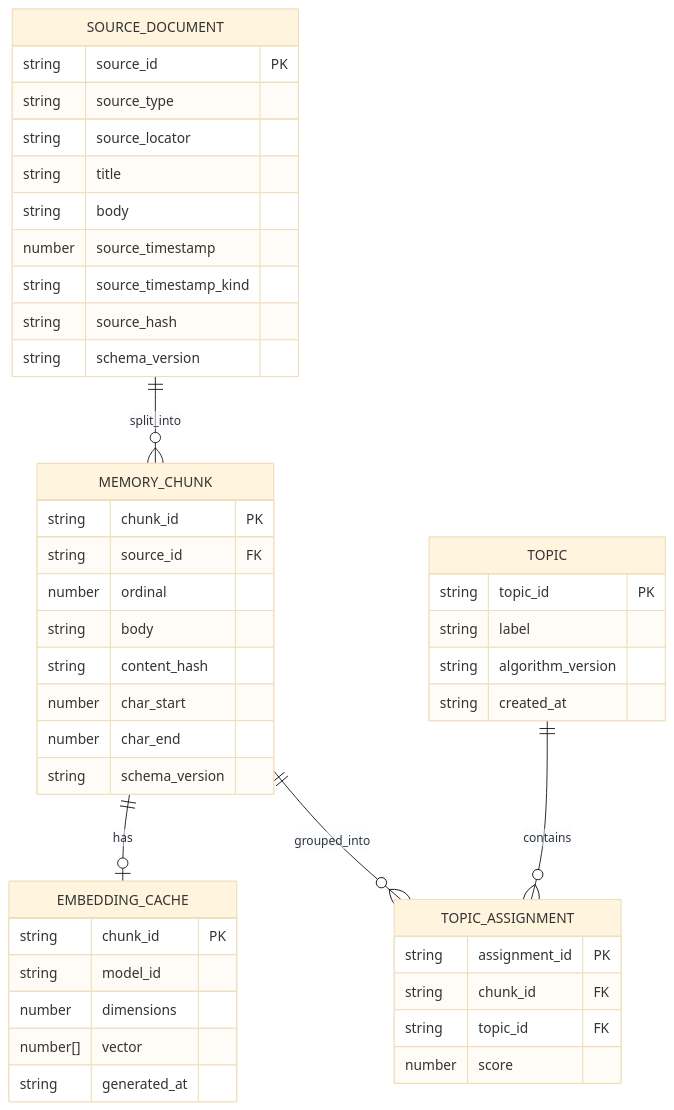
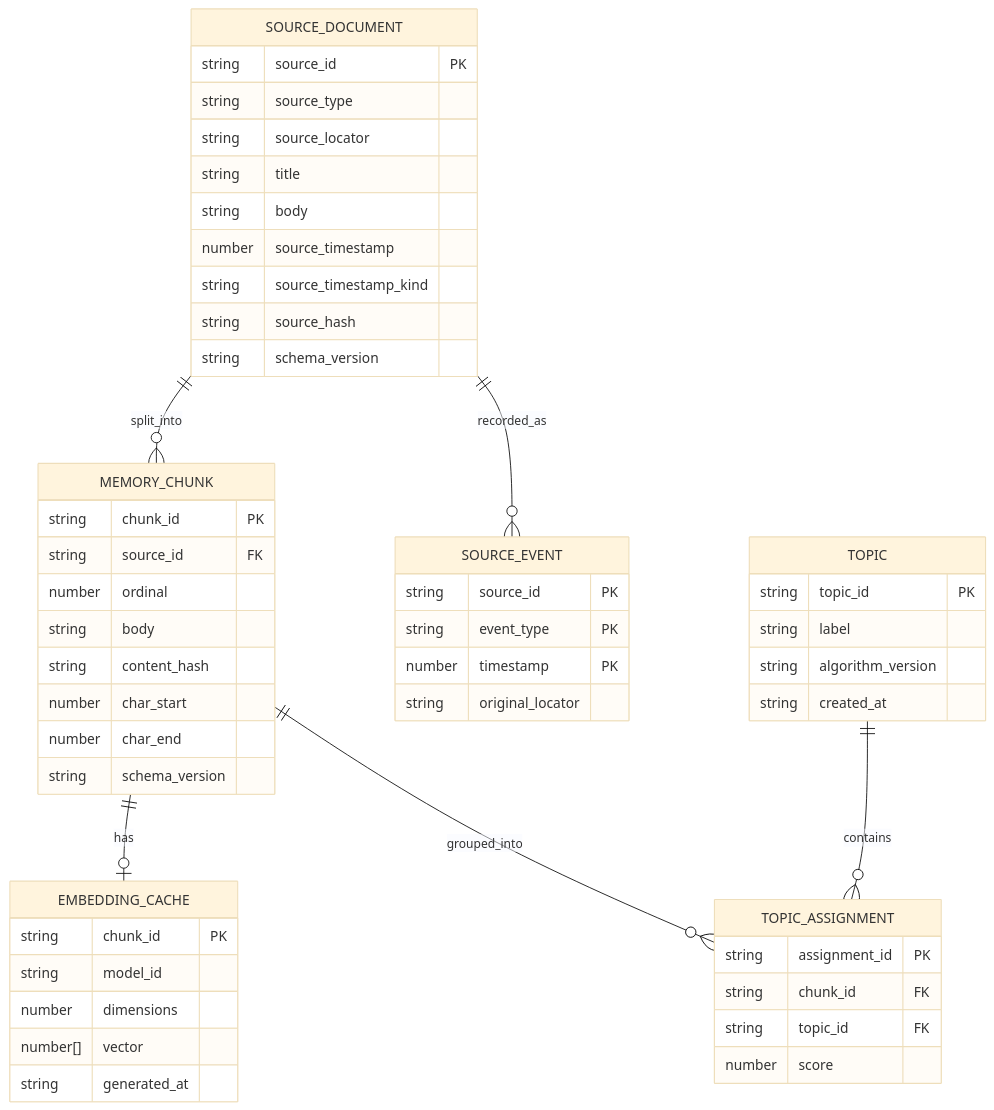
The diagram in docs/design/APP-DS-001_Local-Semantic-Memory.md (xzyozi/Mnemo_Local), drawn with Mermaid (base theme) before and after one commit. The commit also changed other lines of this file and 3 other files, not shown here.

````diff
--- a/docs/design/APP-DS-001_Local-Semantic-Memory.md
+++ b/docs/design/APP-DS-001_Local-Semantic-Memory.md
@@ -32,48 +33,55 @@
 ```mermaid
 erDiagram
     SOURCE_DOCUMENT ||--o{ MEMORY_CHUNK : split_into
+    SOURCE_DOCUMENT ||--o{ SOURCE_EVENT : recorded_as
     MEMORY_CHUNK ||--o| EMBEDDING_CACHE : has
     MEMORY_CHUNK ||--o{ TOPIC_ASSIGNMENT : grouped_into
     TOPIC ||--o{ TOPIC_ASSIGNMENT : contains
 
     SOURCE_DOCUMENT {
         string source_id PK
         string source_type
         string source_locator
         string title
         string body
         number source_timestamp
         string source_timestamp_kind
         string source_hash
         string schema_version
+    }
+    SOURCE_EVENT {
+        string source_id PK
+        string event_type PK
+        number timestamp PK
+        string original_locator
     }
     MEMORY_CHUNK {
         string chunk_id PK
         string source_id FK
         number ordinal
         string body
         string content_hash
         number char_start
         number char_end
         string schema_version
     }
     EMBEDDING_CACHE {
         string chunk_id PK
         string model_id
         number dimensions
         number[] vector
         string generated_at
     }
     TOPIC {
         string topic_id PK
         string label
         string algorithm_version
         string created_at
     }
     TOPIC_ASSIGNMENT {
         string assignment_id PK
         string chunk_id FK
         string topic_id FK
         number score
     }
 ```
````
